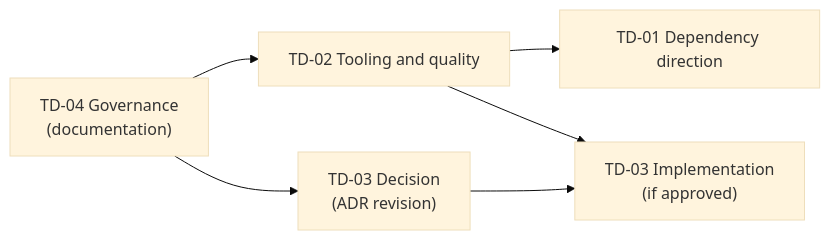
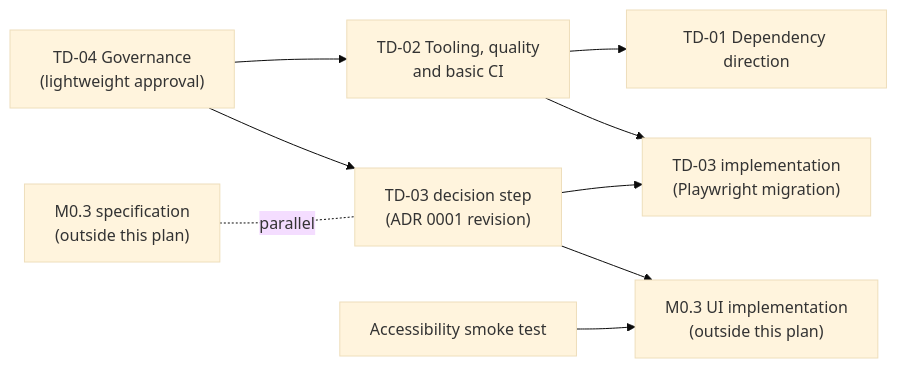
One commit to simongionni/ev-compare changed the diagram in docs/maintenance/post-m0.2.md. Above: the diagram before and after it, drawn with Mermaid (base theme). The commit also changed other lines of this file and 2 other files, not shown here.

First line of the commit message:
docs(maintenance): revise the register and plan after the independent review

````diff
--- a/docs/maintenance/post-m0.2.md
+++ b/docs/maintenance/post-m0.2.md
@@ -34,8 +38,11 @@
 ```mermaid
 flowchart LR
-    TD04["TD-04 Governance<br/>(documentation)"] --> TD02["TD-02 Tooling and quality"]
-    TD04 --> TD03a["TD-03 Decision<br/>(ADR revision)"]
+    TD04["TD-04 Governance<br/>(lightweight approval)"] --> TD02["TD-02 Tooling, quality<br/>and basic CI"]
     TD02 --> TD01["TD-01 Dependency direction"]
-    TD02 --> TD03b["TD-03 Implementation<br/>(if approved)"]
+    TD04 --> TD03a["TD-03 decision step<br/>(ADR 0001 revision)"]
+    TD02 --> TD03b["TD-03 implementation<br/>(Playwright migration)"]
     TD03a --> TD03b
+    TD03a --> M03UI["M0.3 UI implementation<br/>(outside this plan)"]
+    M03S["M0.3 specification<br/>(outside this plan)"] -.parallel.- TD03a
+    A11Y["Accessibility smoke test"] --> M03UI
 ```
````
